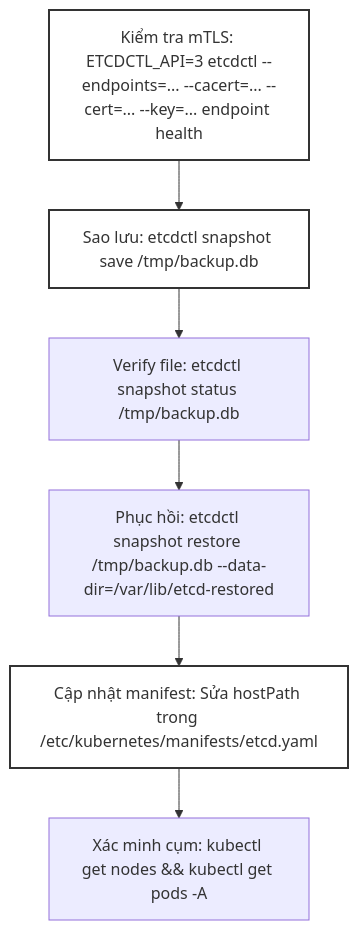
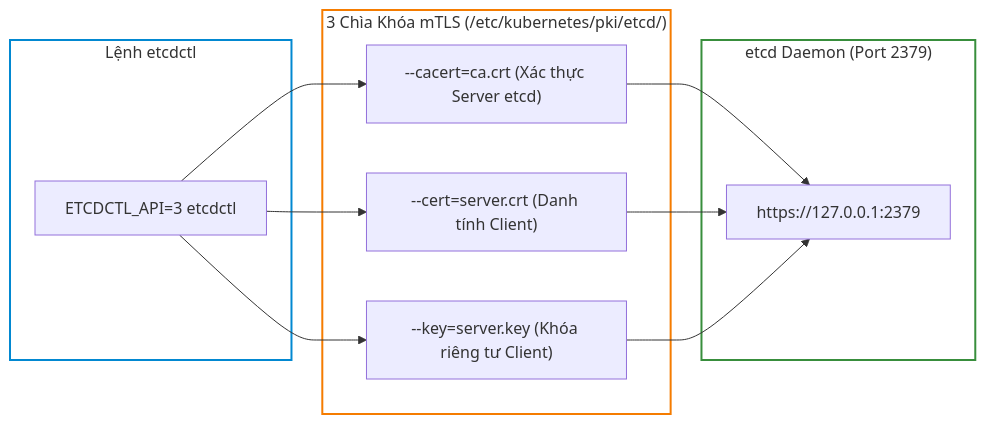
One commit to kiennt308/ntk changed the second of 4 diagrams in _posts/2026-09-12-cka-09-09-etcd-sao-luu-va-phuc-hoi.md. Above: the diagram before and after it, drawn with Mermaid. The commit also changed other lines of this file and 39 other files, not shown here.

````diff
--- a/_posts/2026-09-12-cka-09-09-etcd-sao-luu-va-phuc-hoi.md
+++ b/_posts/2026-09-12-cka-09-09-etcd-sao-luu-va-phuc-hoi.md
@@ -348,12 +83,27 @@
 ```mermaid
-graph TD
-    A["Kiểm tra mTLS: ETCDCTL_API=3 etcdctl --endpoints=... --cacert=... --cert=... --key=... endpoint health"] --> B["Sao lưu: etcdctl snapshot save /tmp/backup.db"]
-    B --> C["Verify file: etcdctl snapshot status /tmp/backup.db"]
-    C --> D["Phục hồi: etcdctl snapshot restore /tmp/backup.db --data-dir=/var/lib/etcd-restored"]
-    D --> E["Cập nhật manifest: Sửa hostPath trong /etc/kubernetes/manifests/etcd.yaml"]
-    E --> F["Xác minh cụm: kubectl get nodes && kubectl get pods -A"]
+graph LR
+    subgraph Admin_CLI ["Lệnh etcdctl"]
+        CLI["ETCDCTL_API=3 etcdctl"]
+    end
 
-    style A fill:none,stroke:#333,stroke-width:2px
-    style B fill:none,stroke:#333,stroke-width:2px
-    style E fill:none,stroke:#333,stroke-width:2px
+    subgraph TLS_Credentials ["3 Chìa Khóa mTLS (/etc/kubernetes/pki/etcd/)"]
+        CA["--cacert=ca.crt (Xác thực Server etcd)"]
+        CERT["--cert=server.crt (Danh tính Client)"]
+        KEY["--key=server.key (Khóa riêng tư Client)"]
+    end
+
+    subgraph etcd_Server ["etcd Daemon (Port 2379)"]
+        DAEMON["https://127.0.0.1:2379"]
+    end
+
+    CLI --> CA
+    CLI --> CERT
+    CLI --> KEY
+    CA --> DAEMON
+    CERT --> DAEMON
+    KEY --> DAEMON
+
+    style Admin_CLI fill:none,stroke:#0288d1,stroke-width:2px
+    style TLS_Credentials fill:none,stroke:#f57c00,stroke-width:2px
+    style etcd_Server fill:none,stroke:#388e3c,stroke-width:2px
 ```
````
